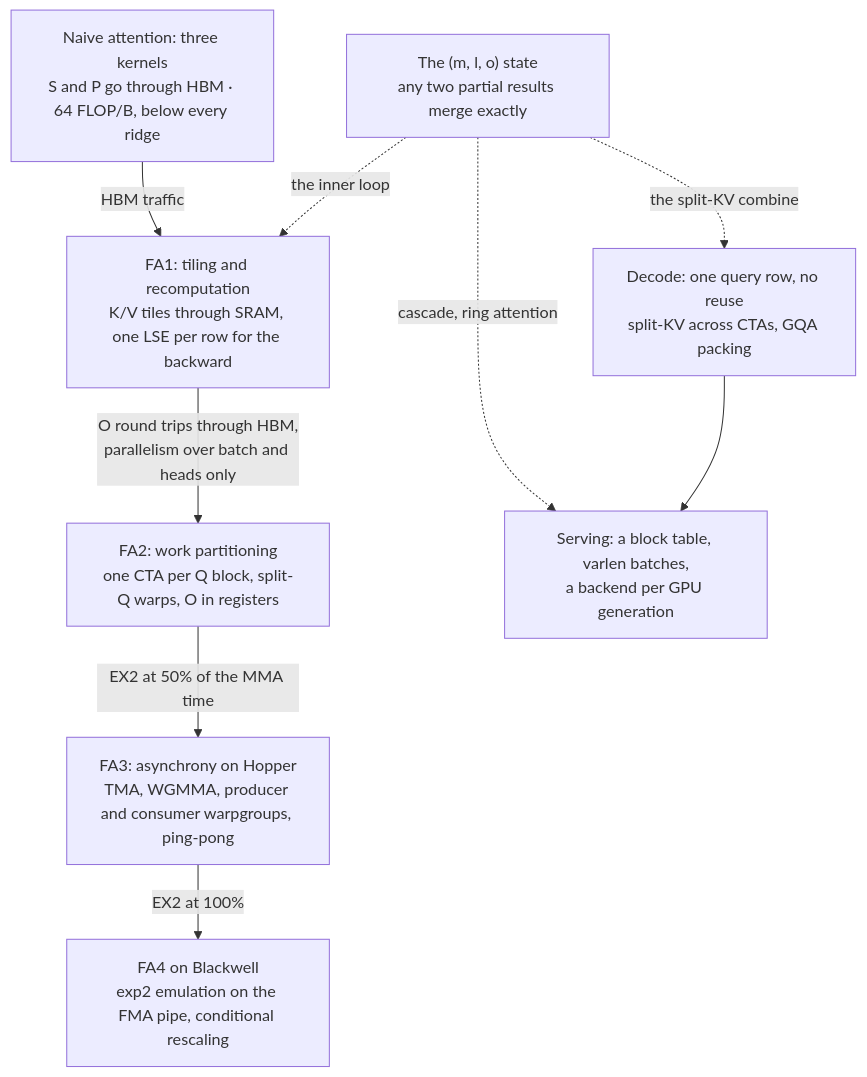
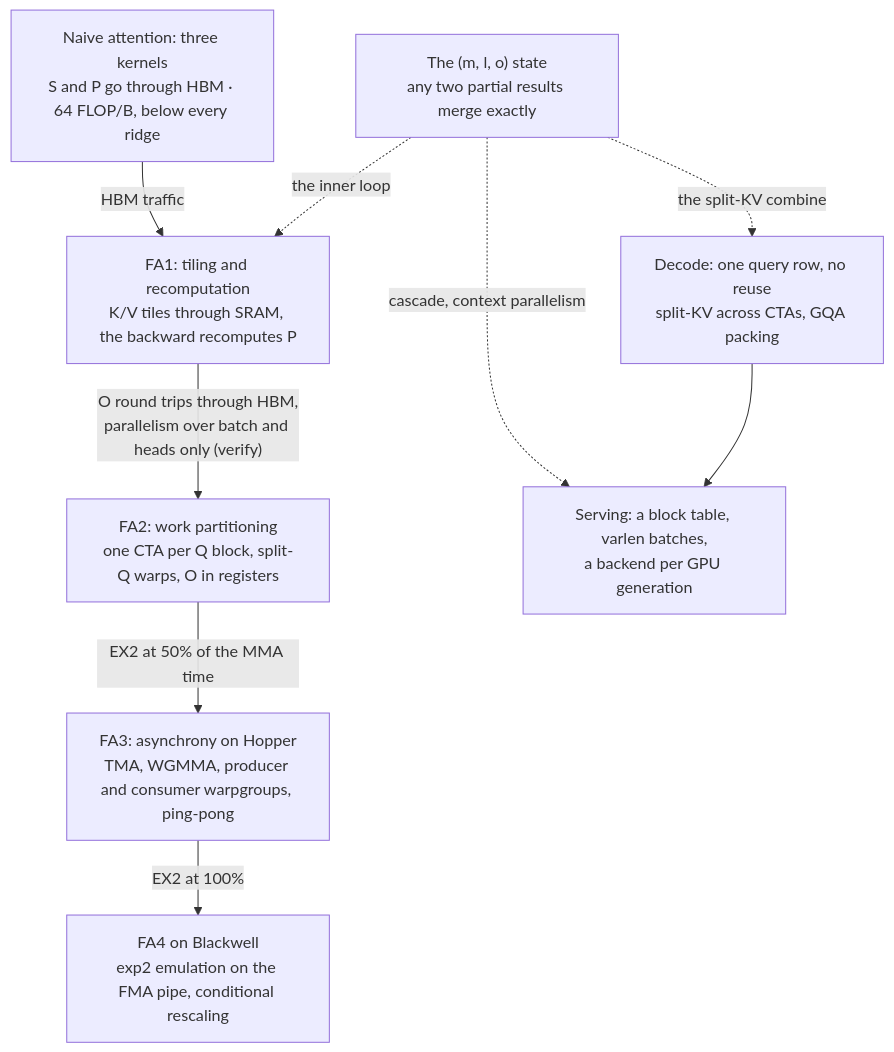
One commit to aniryou/full-stack-agentic-engineer changed the diagram in 04-inference-engine/flash-attention/flash-attention-deep-dive.md. Above: the diagram before and after it, drawn with Mermaid. The commit also changed other lines of this file and 51 other files, not shown here.

````diff
--- a/04-inference-engine/flash-attention/flash-attention-deep-dive.md
+++ b/04-inference-engine/flash-attention/flash-attention-deep-dive.md
@@ -46,19 +46,19 @@
 ```mermaid
 flowchart TB
   N["Naive attention: three kernels<br/>S and P go through HBM · 64 FLOP/B, below every ridge"]
   M["The (m, l, o) state<br/>any two partial results merge exactly"]
-  FA1["FA1: tiling and recomputation<br/>K/V tiles through SRAM, one LSE per row for the backward"]
+  FA1["FA1: tiling and recomputation<br/>K/V tiles through SRAM, the backward recomputes P"]
   FA2["FA2: work partitioning<br/>one CTA per Q block, split-Q warps, O in registers"]
   FA3["FA3: asynchrony on Hopper<br/>TMA, WGMMA, producer and consumer warpgroups, ping-pong"]
   FA4["FA4 on Blackwell<br/>exp2 emulation on the FMA pipe, conditional rescaling"]
   D["Decode: one query row, no reuse<br/>split-KV across CTAs, GQA packing"]
   S["Serving: a block table, varlen batches,<br/>a backend per GPU generation"]
   N -->|"HBM traffic"| FA1
-  FA1 -->|"O round trips through HBM,<br/>parallelism over batch and heads only"| FA2
+  FA1 -->|"O round trips through HBM,<br/>parallelism over batch and heads only (verify)"| FA2
   FA2 -->|"EX2 at 50% of the MMA time"| FA3
   FA3 -->|"EX2 at 100%"| FA4
   M -.->|"the inner loop"| FA1
   M -.->|"the split-KV combine"| D
-  M -.->|"cascade, ring attention"| S
+  M -.->|"cascade, context parallelism"| S
   D --> S
 ```
````
